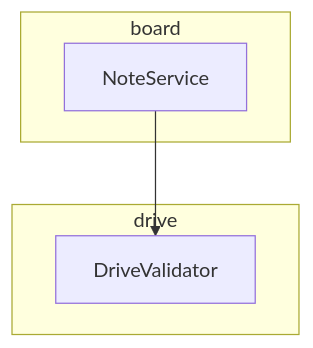
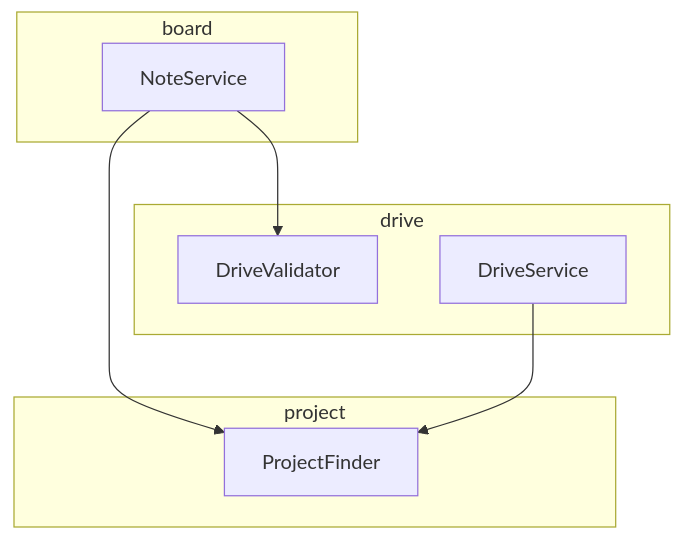
Before and after one commit to mortonCareer/bconnect: the second of 3 diagrams in apps/api/docs/project-structure.md, drawn with Mermaid. The commit also changed 5 other files, not shown here.

First line of the commit message:
refactor(api): 드라이브 검증로직 DriveFinder 이관

````diff
--- a/apps/api/docs/project-structure.md
+++ b/apps/api/docs/project-structure.md
@@ -71,10 +71,16 @@
 ```mermaid
 graph TD
   subgraph board
     NoteS[NoteService]
   end
   subgraph drive
     DriveV[DriveValidator]
+    DriveS[DriveService]
+  end
+  subgraph project
+    ProjectF[ProjectFinder]
   end
   NoteS --> DriveV
+  NoteS --> ProjectF
+  DriveS --> ProjectF
 ```
````
